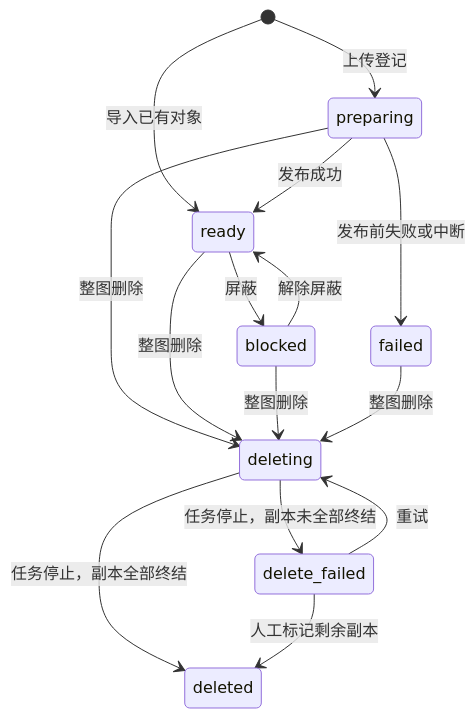
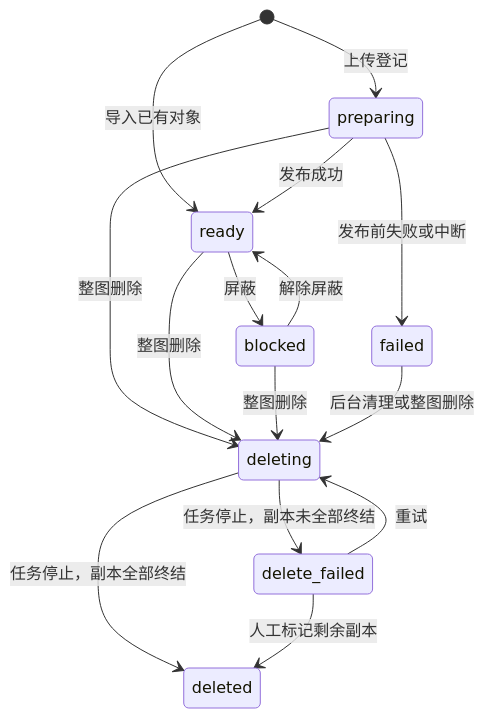
One commit to llleixx/picloom changed the first of 4 diagrams in docs/development/states.md. Above: the diagram before and after it, drawn with Mermaid. The commit also changed other lines of this file and 3 other files, not shown here.

````diff
--- a/docs/development/states.md
+++ b/docs/development/states.md
@@ -29,17 +29,17 @@
 ```mermaid
 stateDiagram-v2
     [*] --> preparing: 上传登记
     [*] --> ready: 导入已有对象
     preparing --> ready: 发布成功
     preparing --> failed: 发布前失败或中断
     preparing --> deleting: 整图删除
     ready --> blocked: 屏蔽
     blocked --> ready: 解除屏蔽
     ready --> deleting: 整图删除
     blocked --> deleting: 整图删除
-    failed --> deleting: 整图删除
+    failed --> deleting: 后台清理或整图删除
     deleting --> delete_failed: 任务停止，副本未全部终结
     deleting --> deleted: 任务停止，副本全部终结
     delete_failed --> deleting: 重试
     delete_failed --> deleted: 人工标记剩余副本
 ```
````
